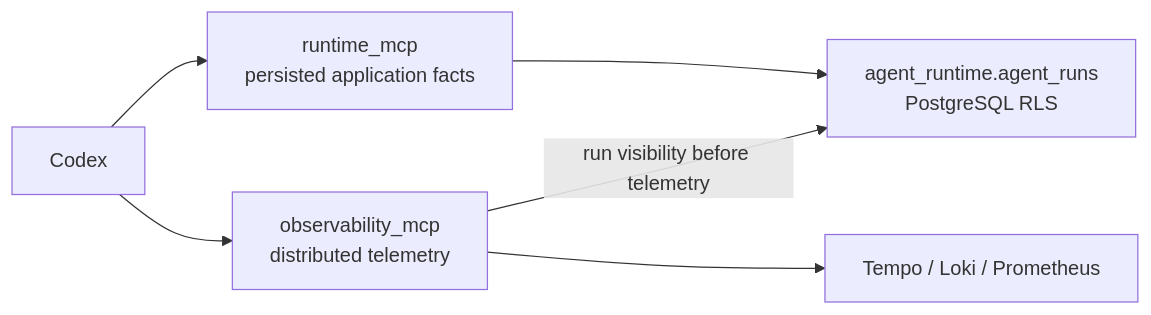
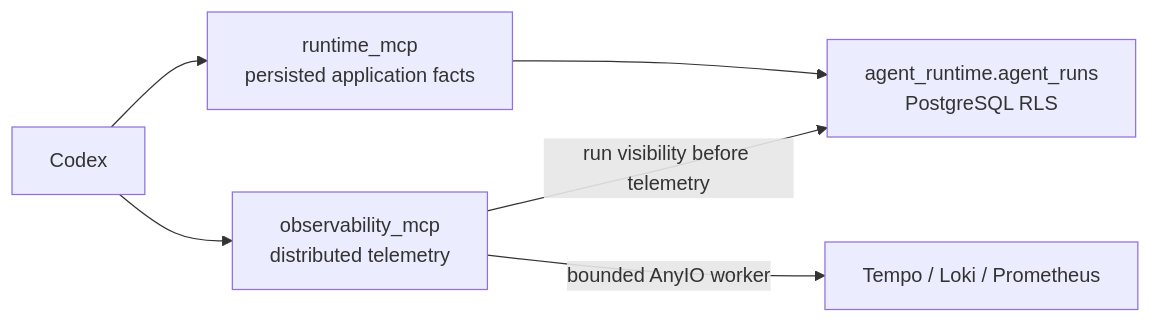
The third of 22 diagrams in docs/architecture/overview.md (aboerzel/industrial-ai-agent), drawn with Mermaid before and after one commit. The commit also changed other lines of this file and 20 other files, not shown here.

````diff
--- a/docs/architecture/overview.md
+++ b/docs/architecture/overview.md
@@ -309,8 +318,8 @@
 ```mermaid
 flowchart LR
     Codex --> Runtime["runtime_mcp\npersisted application facts"]
     Codex --> Observability["observability_mcp\ndistributed telemetry"]
     Runtime --> Runs["agent_runtime.agent_runs\nPostgreSQL RLS"]
     Observability -->|run visibility before telemetry| Runs
-    Observability --> Backends["Tempo / Loki / Prometheus"]
+    Observability -->|bounded AnyIO worker| Backends["Tempo / Loki / Prometheus"]
 ```
````
